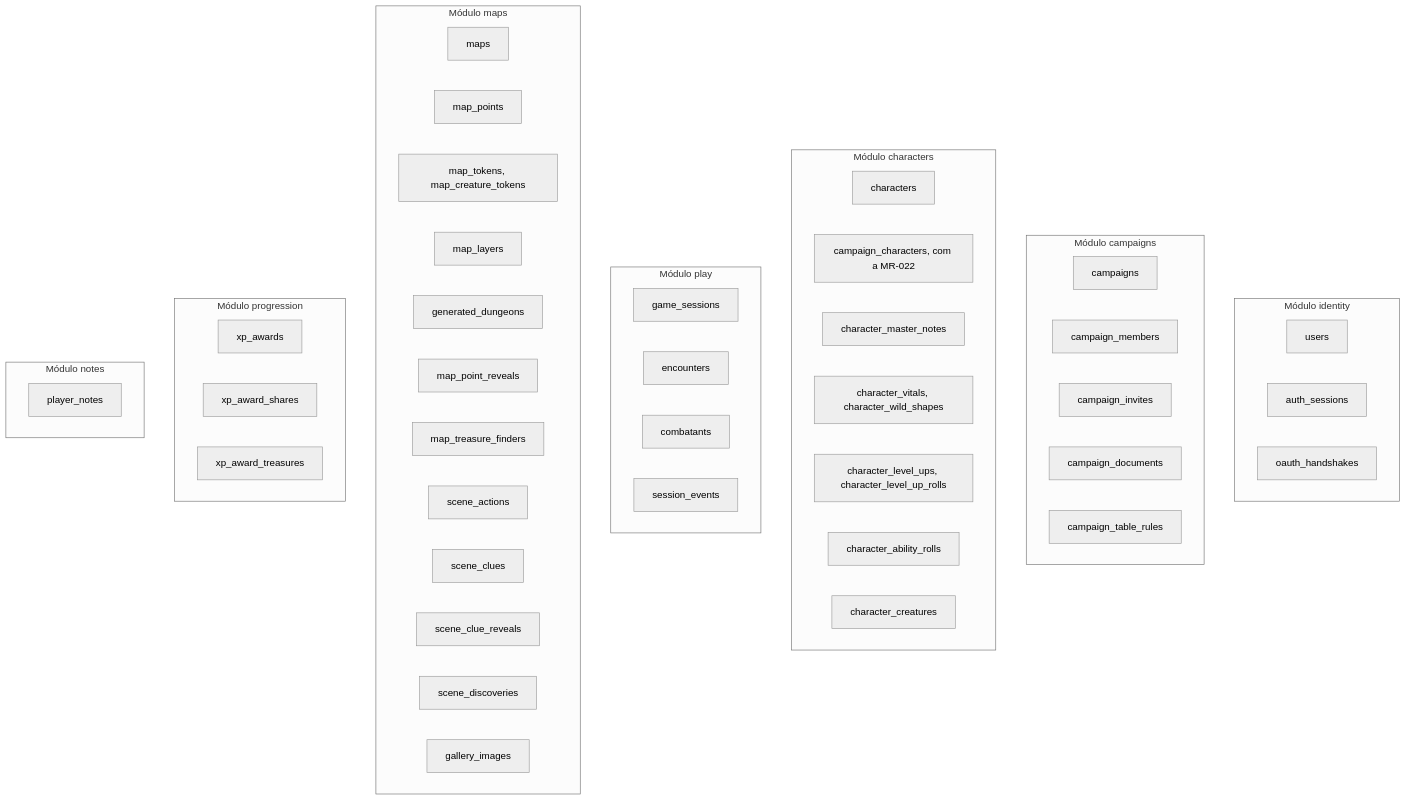
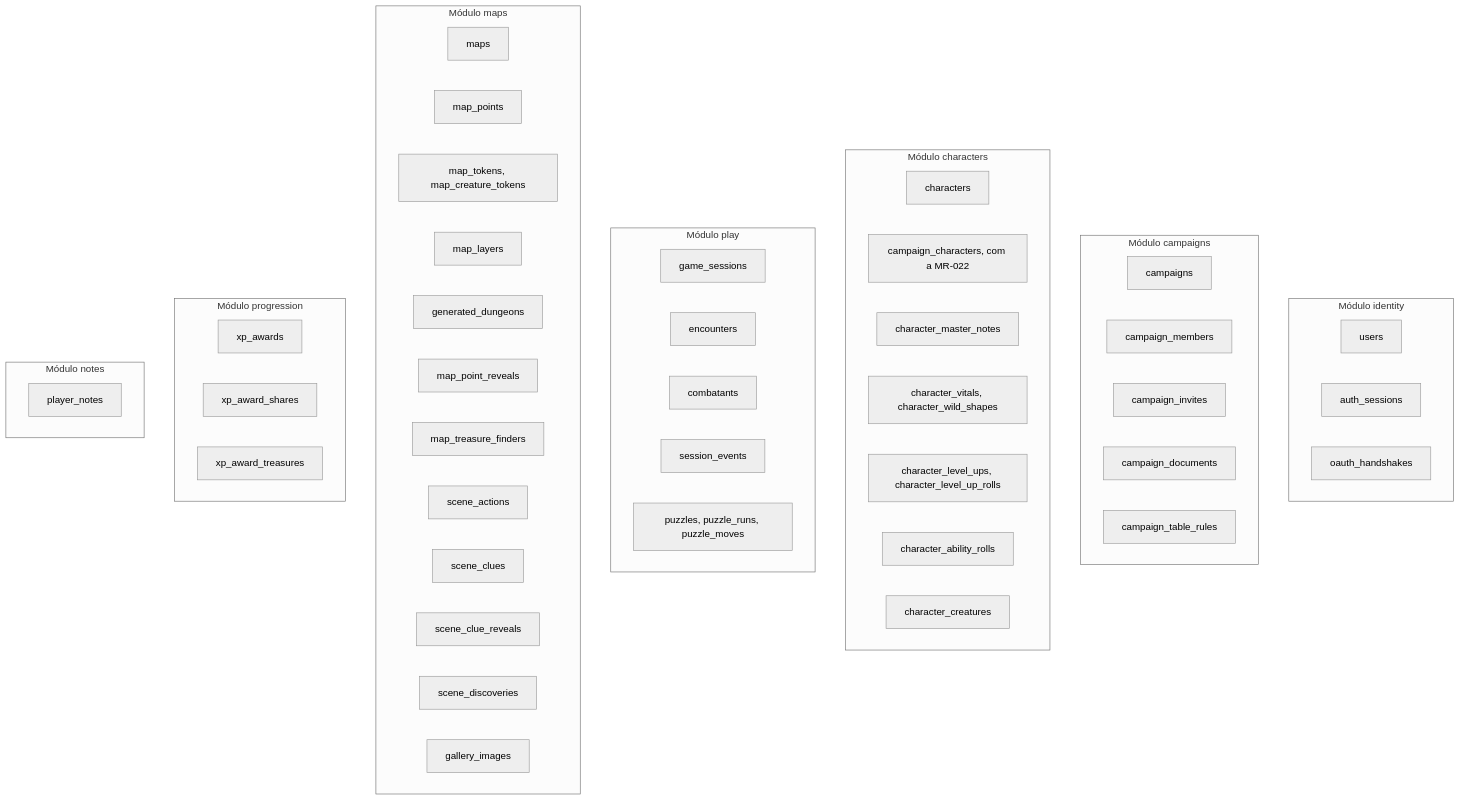
Before and after one commit to PuraFome/meuRPG: the second of 3 diagrams in docs/dados.md, drawn with Mermaid (neutral theme). The commit also changed other lines of this file and 45 other files, not shown here.

````diff
--- a/docs/dados.md
+++ b/docs/dados.md
@@ -319,58 +320,59 @@
 ```mermaid
 flowchart TD
     subgraph identity["Módulo identity"]
         t_users["users"]
         t_auth_sessions["auth_sessions"]
         t_oauth_handshakes["oauth_handshakes"]
     end
 
     subgraph campaigns_mod["Módulo campaigns"]
         t_campaigns["campaigns"]
         t_campaign_members["campaign_members"]
         t_campaign_invites["campaign_invites"]
         t_campaign_documents["campaign_documents"]
         t_campaign_table_rules["campaign_table_rules"]
     end
 
     subgraph characters_mod["Módulo characters"]
         t_characters["characters"]
         t_campaign_characters["campaign_characters, com a MR-022"]
         t_character_master_notes["character_master_notes"]
         t_character_vitals["character_vitals, character_wild_shapes"]
         t_character_level_ups["character_level_ups, character_level_up_rolls"]
         t_character_ability_rolls["character_ability_rolls"]
         t_character_creatures["character_creatures"]
     end
 
     subgraph play["Módulo play"]
         t_game_sessions["game_sessions"]
         t_encounters["encounters"]
         t_combatants["combatants"]
         t_session_events["session_events"]
+        t_puzzles["puzzles, puzzle_runs, puzzle_moves"]
     end
 
     subgraph maps_mod["Módulo maps"]
         t_maps["maps"]
         t_map_points["map_points"]
         t_map_tokens["map_tokens, map_creature_tokens"]
         t_map_layers["map_layers"]
         t_generated_dungeons["generated_dungeons"]
         t_map_point_reveals["map_point_reveals"]
         t_map_treasure_finders["map_treasure_finders"]
         t_scene_actions["scene_actions"]
         t_scene_clues["scene_clues"]
         t_scene_clue_reveals["scene_clue_reveals"]
         t_scene_discoveries["scene_discoveries"]
         t_gallery_images["gallery_images"]
     end
 
     subgraph progression["Módulo progression"]
         t_xp_awards["xp_awards"]
         t_xp_award_shares["xp_award_shares"]
         t_xp_award_treasures["xp_award_treasures"]
     end
 
     subgraph notes_mod["Módulo notes"]
         t_player_notes["player_notes"]
     end
 ```
````
